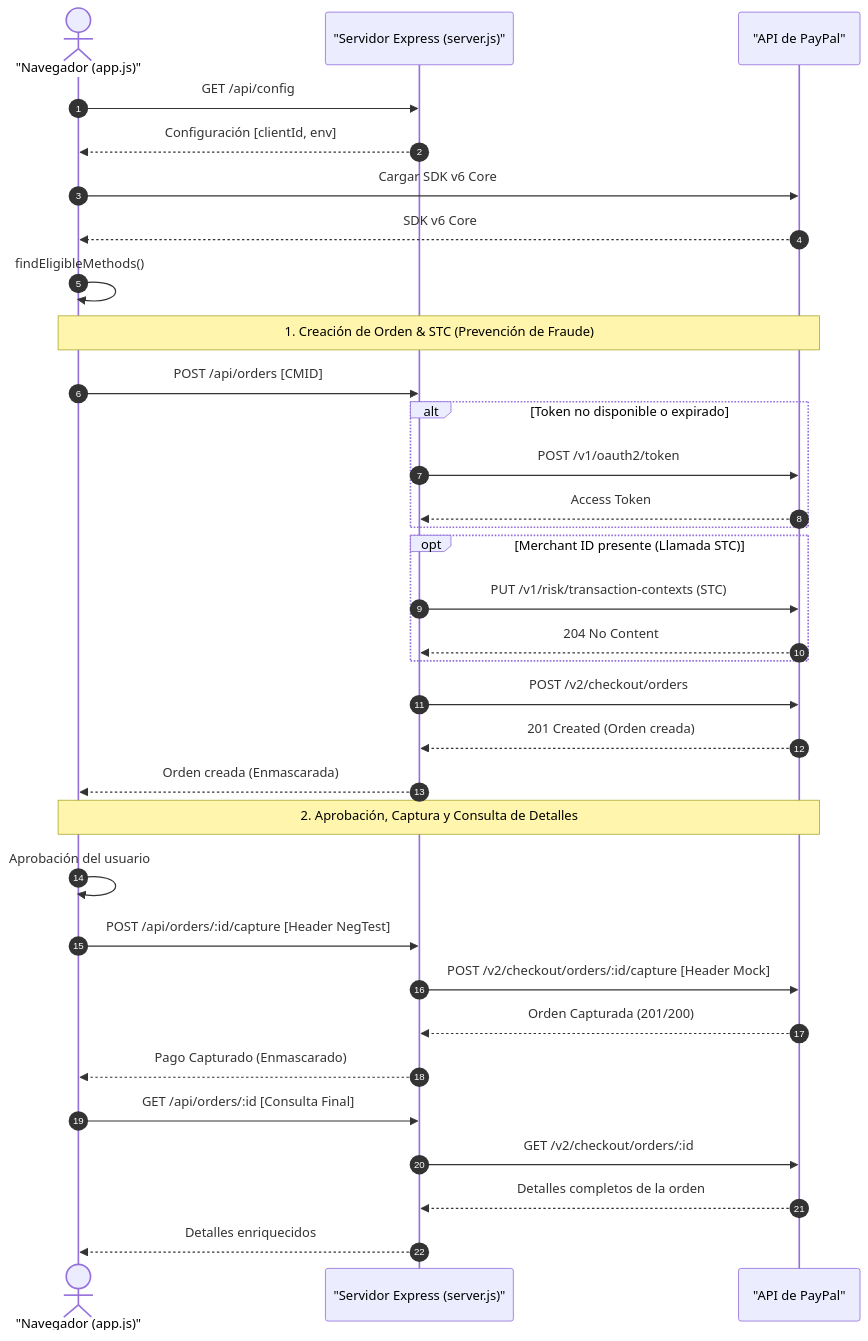
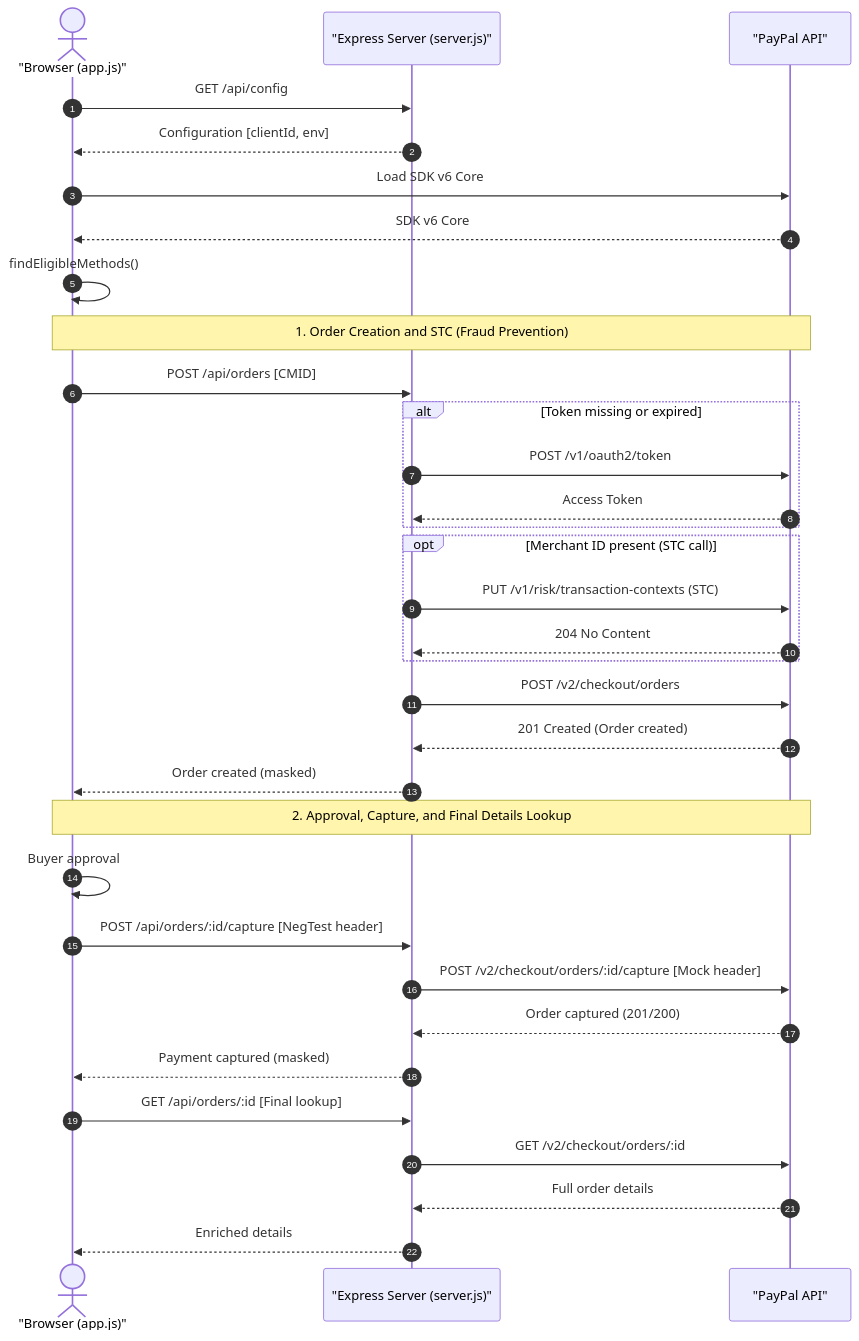
Before and after one commit to miguelbarrientos/JSV6_CHECKOUT_BCDC: the diagram in README.md, drawn with Mermaid. The commit also changed other lines of this file, not shown here.

````diff
--- a/README.md
+++ b/README.md
@@ -17,41 +17,41 @@
 ```mermaid
 sequenceDiagram
     autonumber
-    actor Cliente as "Navegador (app.js)"
-    participant BFF as "Servidor Express (server.js)"
-    participant PP as "API de PayPal"
+    actor Client as "Browser (app.js)"
+    participant BFF as "Express Server (server.js)"
+    participant PP as "PayPal API"
 
-    %% Configuración e Inicialización
-    Cliente->>BFF: GET /api/config
-    BFF-->>Cliente: Configuración [clientId, env]
-    Cliente->>PP: Cargar SDK v6 Core
-    PP-->>Cliente: SDK v6 Core
-    Cliente->>Cliente: findEligibleMethods()
+    %% Configuration and initialization
+    Client->>BFF: GET /api/config
+    BFF-->>Client: Configuration [clientId, env]
+    Client->>PP: Load SDK v6 Core
+    PP-->>Client: SDK v6 Core
+    Client->>Client: findEligibleMethods()
 
-    %% Creación de Orden
-    Note over Cliente, PP: 1. Creación de Orden & STC (Prevención de Fraude)
-    Cliente->>BFF: POST /api/orders [CMID]
-    alt Token no disponible o expirado
+    %% Order creation
+    Note over Client, PP: 1. Order Creation and STC (Fraud Prevention)
+    Client->>BFF: POST /api/orders [CMID]
+    alt Token missing or expired
         BFF->>PP: POST /v1/oauth2/token
         PP-->>BFF: Access Token
     end
-    opt Merchant ID presente (Llamada STC)
+    opt Merchant ID present (STC call)
         BFF->>PP: PUT /v1/risk/transaction-contexts (STC)
         PP-->>BFF: 204 No Content
     end
     BFF->>PP: POST /v2/checkout/orders
-    PP-->>BFF: 201 Created (Orden creada)
-    BFF-->>Cliente: Orden creada (Enmascarada)
+    PP-->>BFF: 201 Created (Order created)
+    BFF-->>Client: Order created (masked)
 
-    %% Aprobación y Captura
-    Note over Cliente, PP: 2. Aprobación, Captura y Consulta de Detalles
-    Cliente->>Cliente: Aprobación del usuario
-    Cliente->>BFF: POST /api/orders/:id/capture [Header NegTest]
-    BFF->>PP: POST /v2/checkout/orders/:id/capture [Header Mock]
-    PP-->>BFF: Orden Capturada (201/200)
-    BFF-->>Cliente: Pago Capturado (Enmascarado)
-    Cliente->>BFF: GET /api/orders/:id [Consulta Final]
+    %% Approval and capture
+    Note over Client, PP: 2. Approval, Capture, and Final Details Lookup
+    Client->>Client: Buyer approval
+    Client->>BFF: POST /api/orders/:id/capture [NegTest header]
+    BFF->>PP: POST /v2/checkout/orders/:id/capture [Mock header]
+    PP-->>BFF: Order captured (201/200)
+    BFF-->>Client: Payment captured (masked)
+    Client->>BFF: GET /api/orders/:id [Final lookup]
     BFF->>PP: GET /v2/checkout/orders/:id
-    PP-->>BFF: Detalles completos de la orden
-    BFF-->>Cliente: Detalles enriquecidos
+    PP-->>BFF: Full order details
+    BFF-->>Client: Enriched details
 ```
````
